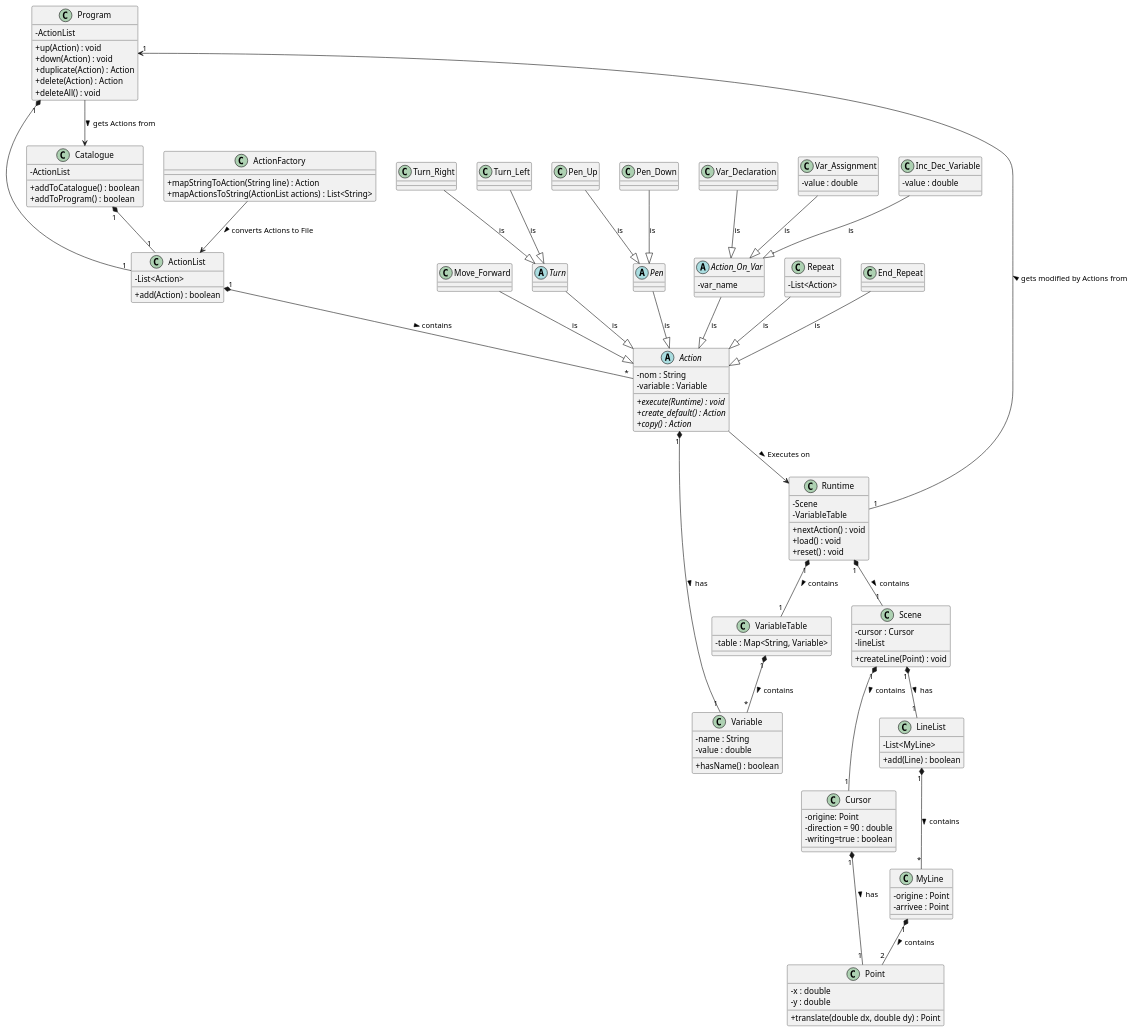
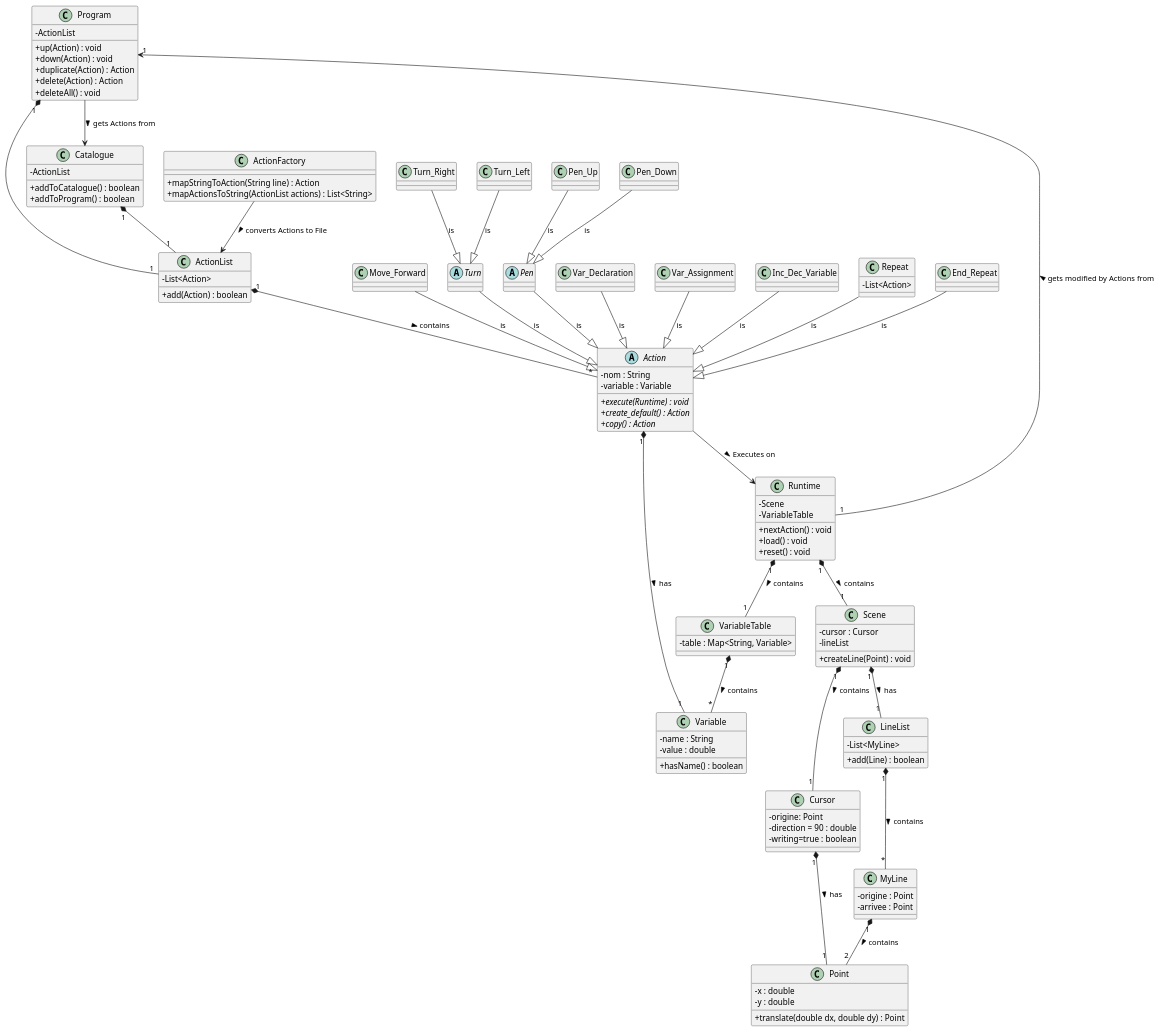
One commit to ajeridi/scratchlike-project changed the diagram in diagramme_classes.puml. Above: the diagram before and after it, drawn with PlantUML.

Commit message:
refactor(diagramme_classe) : suppression de la classe abstraite Action_On_Var, car inutile d'avoir une classe abstraite uniquement pour target_name, alors que Action en elle meme a une variable

```diff
--- a/diagramme_classes.puml
+++ b/diagramme_classes.puml
@@ -1,175 +1,169 @@
 @startuml
 
 skinparam Shadowing false               /' Désactive l'effet d'ombre sur les éléments '/
 skinparam classAttributeIconSize 0      /' Taille des icônes d'attribut de classe (ici 0 pour les cacher) '/
 skinparam defaultFontName Consolas      /' Utilisation de la police Consolas par défaut '/
 !pragma useIntermediatePackages false   /' Désactive l'utilisation de packages intermédiaires '/
 
 
 class Program {
      - ActionList
      + up(Action) : void
      + down(Action) : void
      + duplicate(Action) : Action
      + delete(Action) : Action
      + deleteAll() : void
 }
 
 class ActionList{
     - List<Action>
     + add(Action) : boolean
 }
 
 
 class Catalogue {
     - ActionList
     + addToCatalogue() : boolean
     + addToProgram() : boolean
 }
 
 class ActionFactory {
     + mapStringToAction(String line) : Action
     +  mapActionsToString(ActionList actions) : List<String>
 }
 
 abstract class Action {
     - nom : String
     - variable : Variable
     + {abstract} execute(Runtime) : void
     + {abstract} create_default() : Action
     + {abstract} copy() : Action
 }
 
 
 class Variable {
     - name : String
     - value : double
     + hasName() : boolean
 }
 
 class Move_Forward {
 }
 
 abstract class Turn {
 }
 
 class Turn_Right {
 }
 
 class Turn_Left {
 }
 
 abstract class Pen {
 
 }
 
 class Pen_Up {
 }
 
 class Pen_Down {
 }
 
-abstract class Action_On_Var {
-    - var_name
-}
 class Var_Declaration {
     /'declare une variable'/
 }
 
 class Var_Assignment {
     /'Assigne une variable'/
-    - value : double
 }
 
 class Inc_Dec_Variable {
     /'Incrémente ou décrémente la variable'/
-    - value : double
 }
 
 class Repeat {
     - List<Action>
 }
 
 class End_Repeat{
 }
 
 class VariableTable {
     - table : Map<String, Variable>
 }
 
 class Runtime {
     - Scene
     - VariableTable
     + nextAction() : void
     + load() : void
     + reset() : void
 }
 
 class Scene {
     - cursor : Cursor
     - lineList
     + createLine(Point) : void
 }
 
 class Cursor {
     - origine: Point
     - direction = 90 : double
     - writing=true : boolean
 }
 
 class LineList {
     - List<MyLine>
     + add(Line) : boolean
 }
 
 class MyLine {
     - origine : Point
     - arrivee : Point
 }
 
 class Point {
     - x : double
     - y : double
     + translate(double dx, double dy) : Point
 }
 
 
 Move_Forward --|> Action : is
 Turn --|> Action : is
 Turn_Right --|> Turn : is
 Turn_Left --|> Turn : is
 
 Pen --|> Action : is
 Pen_Up --|> Pen : is
 Pen_Down --|> Pen : is
-Action_On_Var --|> Action : is
-Var_Declaration --|> Action_On_Var : is
-Var_Assignment --|> Action_On_Var : is
-Inc_Dec_Variable --|> Action_On_Var : is
+Var_Declaration --|> Action: is
+Var_Assignment --|> Action: is
+Inc_Dec_Variable --|> Action: is
 Repeat --|> Action : is
 End_Repeat --|> Action : is
 
 ActionFactory --> ActionList : > converts Actions to File
 Action --> Runtime : > Executes on
 Program "1"*--"1" ActionList
 ActionList "1"*--"*" Action : > contains
 Catalogue "1"*--"1" ActionList
 Action "1"*--"1" Variable : > has
 
 VariableTable "1"*--"*" Variable : > contains
 
 Runtime "1"*--"1" Scene : > contains
 Runtime "1"*--"1" VariableTable : > contains
 
 Scene "1"*--"1" Cursor : > contains
 Scene "1"*--"1" LineList : > has
 LineList "1"*--"*" MyLine : > contains
 Cursor "1"*--"1" Point : > has
 MyLine "1"*--"2" Point : > contains
 
 Runtime "1"-->"1" Program : > gets modified by Actions from
 
 Program --> Catalogue : >  gets Actions from
 
 
 @enduml
```
